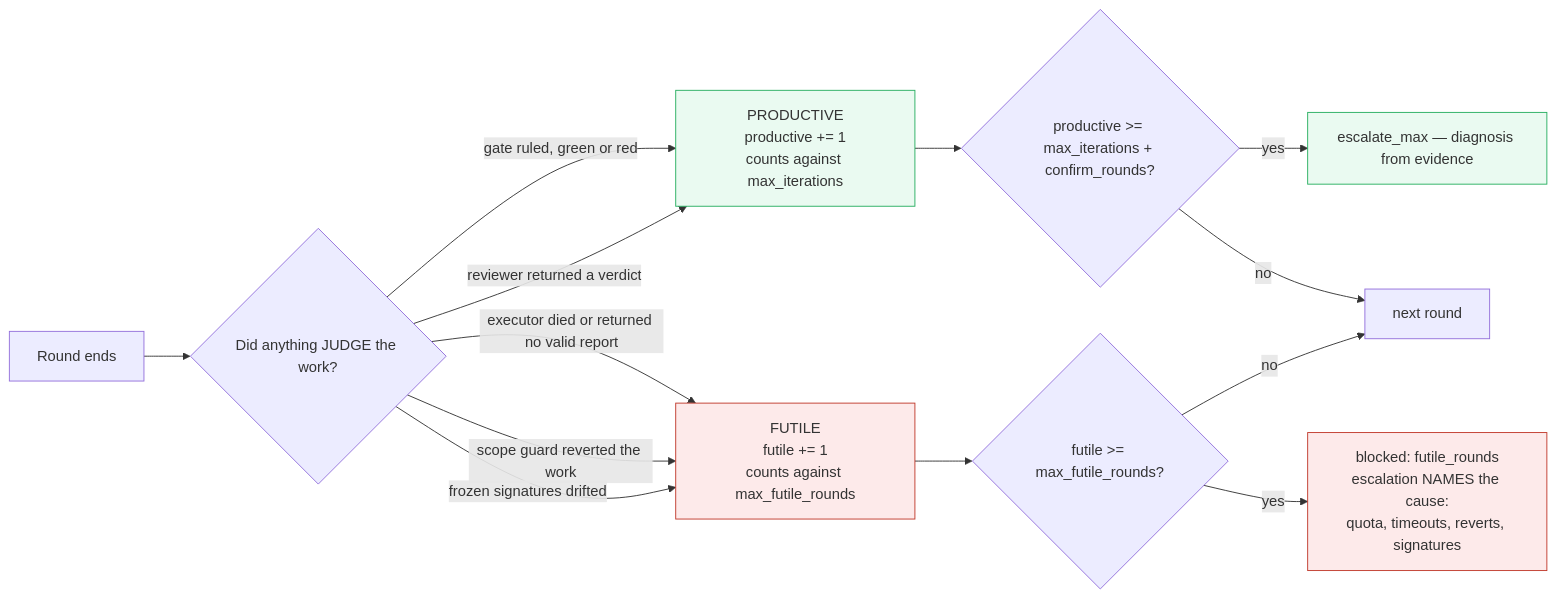
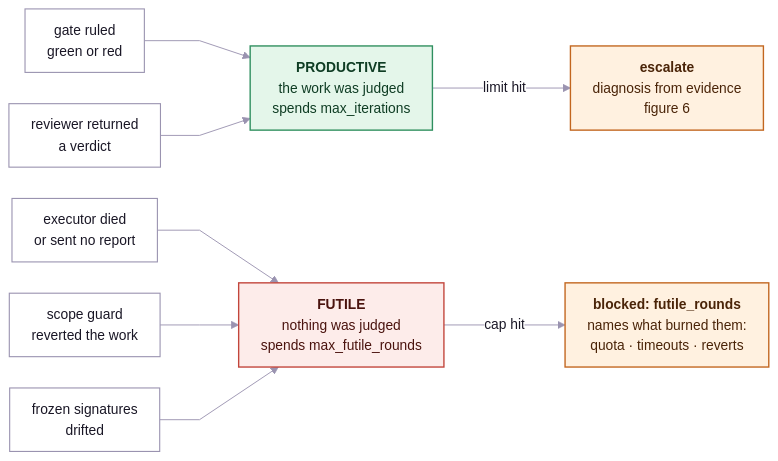
One commit to Orange-hanter/zairgrush changed the seventh of 16 diagrams in 11-architecture-diagrams.md. Above: the diagram before and after it, drawn with Mermaid. The commit also changed other lines of this file, not shown here.

````diff
--- a/11-architecture-diagrams.md
+++ b/11-architecture-diagrams.md
@@ -249,24 +309,28 @@
 ```mermaid
+%%{init:{"theme":"base","themeVariables":{"fontFamily":"ui-sans-serif,system-ui,-apple-system,Segoe UI,Roboto,sans-serif","fontSize":"15px","primaryColor":"#EFEAF8","primaryTextColor":"#1A1726","primaryBorderColor":"#7A5CB8","lineColor":"#9A93B0","edgeLabelBackground":"#FFFFFF"},"flowchart":{"diagramPadding":26,"curve":"linear","nodeSpacing":34,"rankSpacing":85,"padding":12}}}%%
 flowchart LR
-    r["Round ends"] --> q{"Did anything JUDGE the work?"}
+    j1["gate ruled<br/>green or red"]:::src
+    j2["reviewer returned<br/>a verdict"]:::src
+    f1["executor died<br/>or sent no report"]:::src
+    f2["scope guard<br/>reverted the work"]:::src
+    f3["frozen signatures<br/>drifted"]:::src
 
-    q -->|"gate ruled, green or red"| p["PRODUCTIVE<br/>productive += 1<br/>counts against max_iterations"]
-    q -->|"reviewer returned a verdict"| p
+    prod["<b>PRODUCTIVE</b><br/>the work was judged<br/>spends max_iterations"]:::good
+    fut["<b>FUTILE</b><br/>nothing was judged<br/>spends max_futile_rounds"]:::bad
 
-    q -->|"executor died or returned no valid report"| f["FUTILE<br/>futile += 1<br/>counts against max_futile_rounds"]
-    q -->|"scope guard reverted the work"| f
-    q -->|"frozen signatures drifted"| f
+    e1["<b>escalate</b><br/>diagnosis from evidence<br/>figure 6"]:::warn
+    e2["<b>blocked: futile_rounds</b><br/>names what burned them:<br/>quota · timeouts · reverts"]:::warn
 
-    p --> pcap{"productive >= max_iterations + confirm_rounds?"}
-    pcap -->|"yes"| pesc["escalate_max — diagnosis from evidence"]
-    pcap -->|"no"| next["next round"]
+    j1 --> prod
+    j2 --> prod
+    f1 --> fut
+    f2 --> fut
+    f3 --> fut
+    prod -->|"limit hit"| e1
+    fut -->|"cap hit"| e2
 
-    f --> fcap{"futile >= max_futile_rounds?"}
-    fcap -->|"yes"| fesc["blocked: futile_rounds<br/>escalation NAMES the cause:<br/>quota, timeouts, reverts, signatures"]
-    fcap -->|"no"| next
-
-    classDef ok fill:#eafaf1,stroke:#27ae60
-    classDef bad fill:#fdeaea,stroke:#c0392b
-    class p,pesc ok
-    class f,fesc bad
+    classDef src fill:#FFFFFF,stroke:#9A93B0,stroke-width:1.2px,color:#1A1726
+    classDef good fill:#E4F6EA,stroke:#2F8F5F,stroke-width:1.5px,color:#0F3D24
+    classDef bad fill:#FDECEA,stroke:#C2453B,stroke-width:1.5px,color:#4A130E
+    classDef warn fill:#FFF1E0,stroke:#C2661F,stroke-width:1.5px,color:#4A2408
 ```
````
